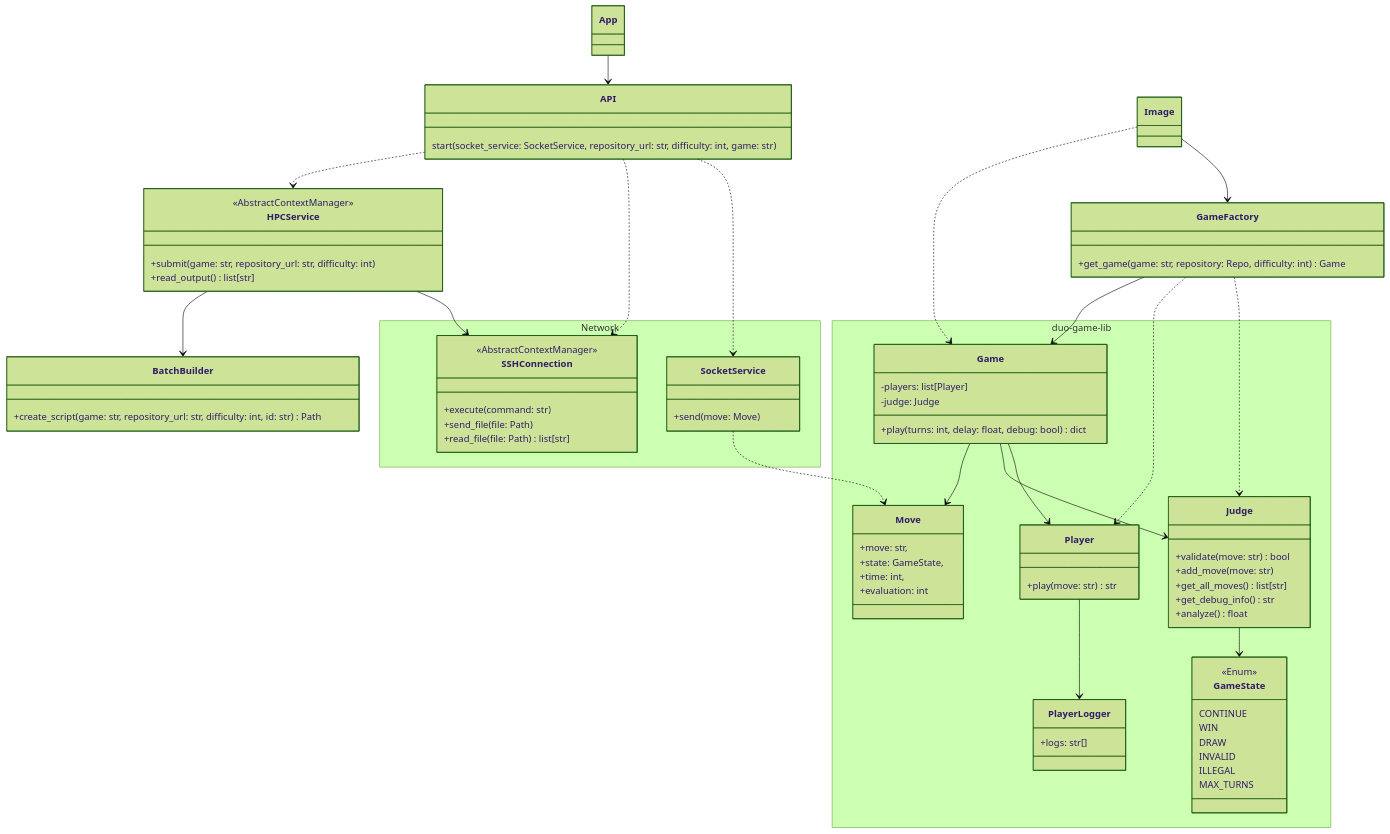
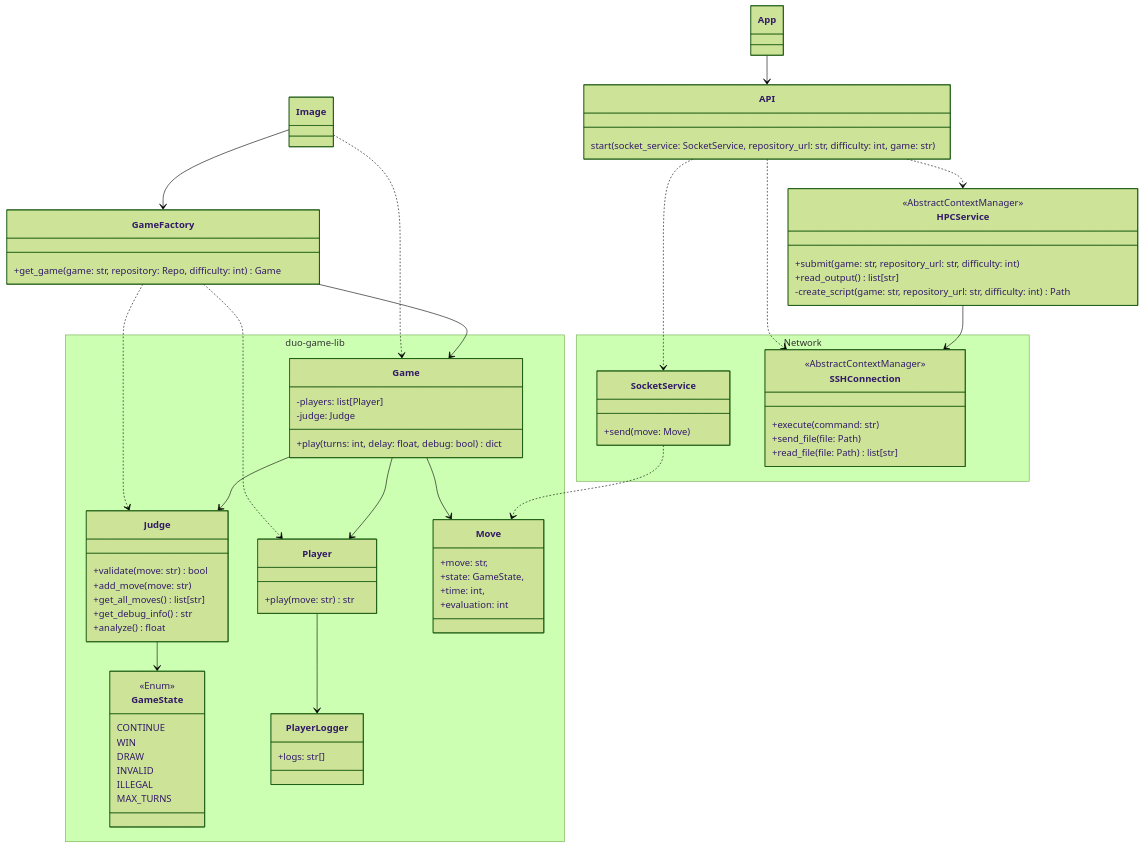
The third of 5 diagrams in docs/architecture.md (game-ai-platform-team/tira-ai-platform), drawn with Mermaid (forest theme) before and after one commit. The commit also changed other lines of this file, not shown here.

Commit message:
docs(#111): Merge BatchBuilder into HPCService

```diff
--- a/docs/architecture.md
+++ b/docs/architecture.md
@@ -129,7 +127,6 @@
 API ..> SSHConnection
 API ..> HPCService
 HPCService --> SSHConnection
-HPCService --> BatchBuilder
 
 Image --> GameFactory
 Image ..> Game
@@ -157,10 +154,7 @@
     <<AbstractContextManager>>
     +submit(game: str, repository_url: str, difficulty: int)
     +read_output() list[str]
-}
-
-class BatchBuilder {
-    +create_script(game: str, repository_url: str, difficulty: int, id: str) Path
+    -create_script(game: str, repository_url: str, difficulty: int) Path
 }
 
 namespace Network {
```
